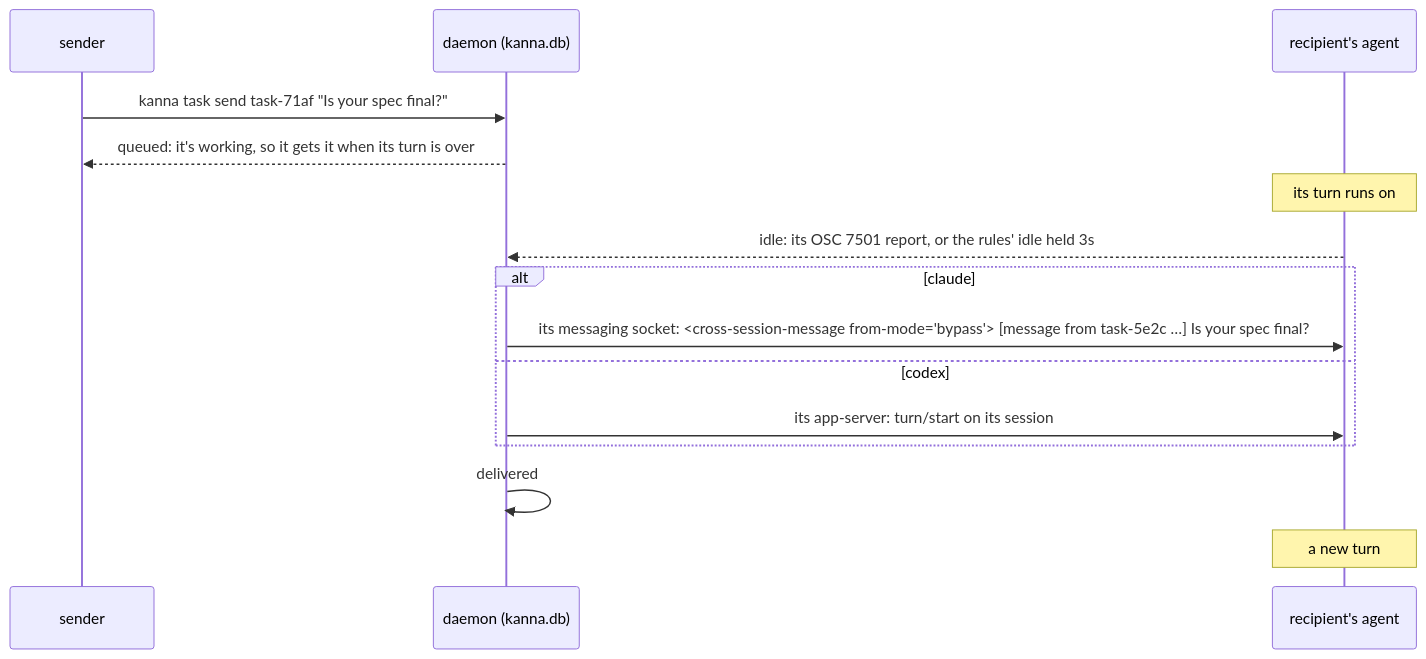
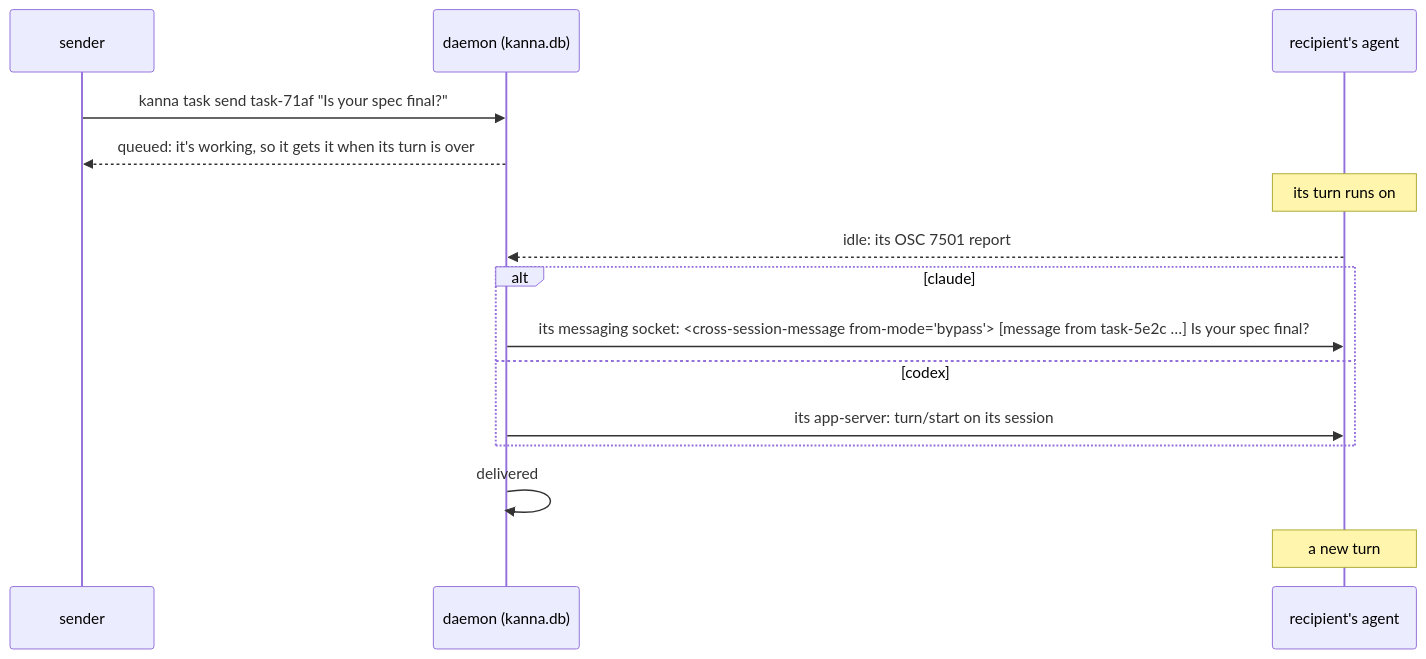
The second of 3 diagrams in docs/specs/agent-messaging.md (tampopogk/kanna), drawn with Mermaid before and after one commit. The commit also changed other lines of this file and 14 other files, not shown here.

Commit message:
Specs: agent status comes only from OSC 7501; Kanna's agents are claude, codex, opencode and agy, gated by version; copilot and the screen rules go

````diff
--- a/docs/specs/agent-messaging.md
+++ b/docs/specs/agent-messaging.md
@@ -35,17 +35,17 @@
 ```mermaid
 sequenceDiagram
     participant S as sender
     participant D as daemon (kanna.db)
     participant T as recipient's agent
     S->>D: kanna task send task-71af "Is your spec final?"
     D-->>S: queued: it's working, so it gets it when its turn is over
     Note over T: its turn runs on
-    T-->>D: idle: its OSC 7501 report, or the rules' idle held 3s
+    T-->>D: idle: its OSC 7501 report
     alt claude
         D->>T: its messaging socket: <cross-session-message from-mode="bypass"> [message from task-5e2c …] Is your spec final?
     else codex
         D->>T: its app-server: turn/start on its session
     end
     D->>D: delivered
     Note over T: a new turn
 ```
````
